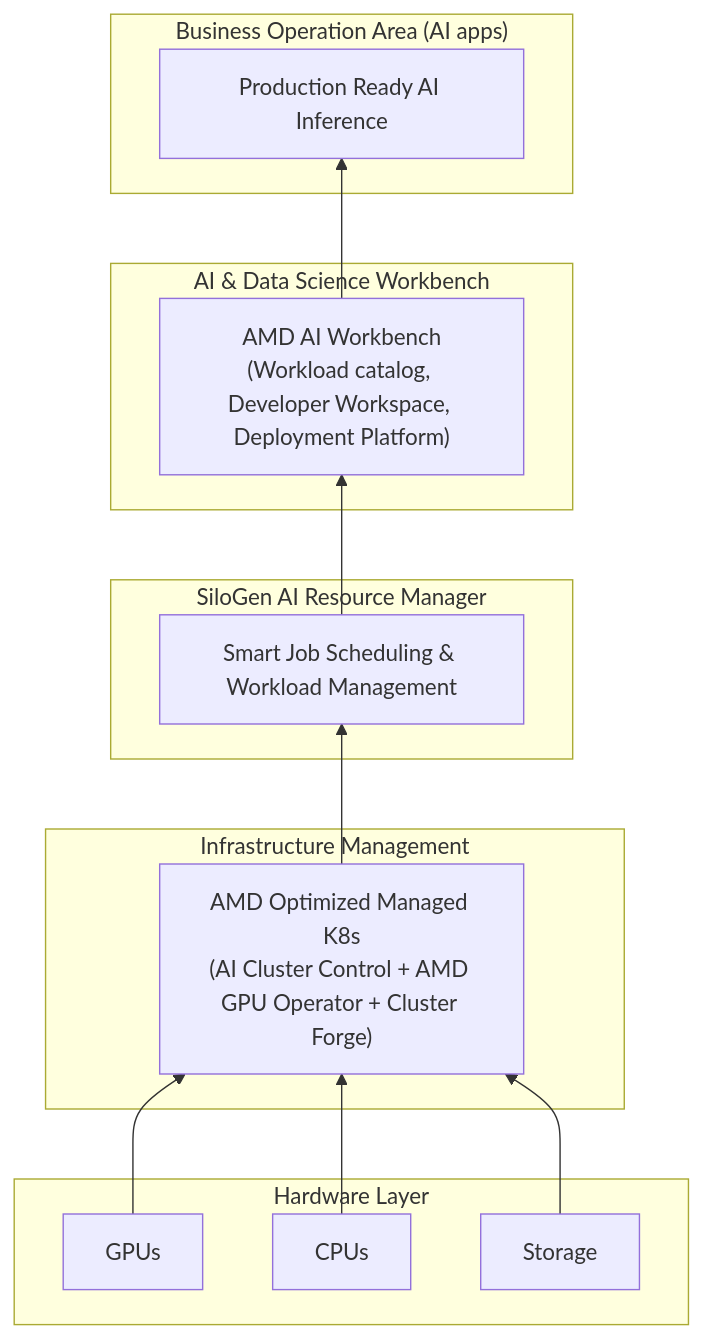
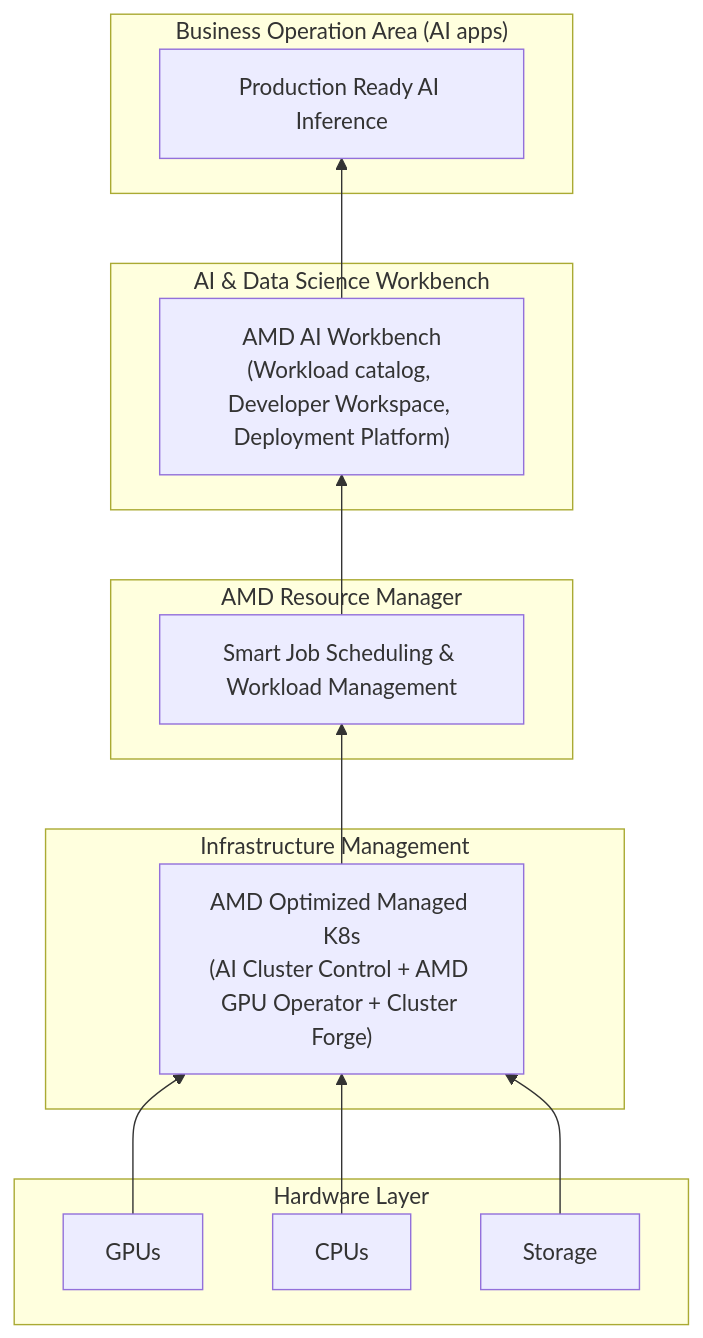
Before and after one commit to silogen/docs: the third of 3 diagrams in docs/ref-architecture/Enterprise-AI-Architecture.md, drawn with Mermaid. The commit also changed other lines of this file and 7 other files, not shown here.

````diff
--- a/docs/ref-architecture/Enterprise-AI-Architecture.md
+++ b/docs/ref-architecture/Enterprise-AI-Architecture.md
@@ -150,31 +150,31 @@
 ```mermaid
 flowchart BT
     subgraph L1["Hardware Layer"]
         H1[GPUs]
         H2[CPUs]
         H3[Storage]
     end
 
     subgraph L2["Infrastructure Management"]
         IM1["AMD Optimized Managed K8s\n(AI Cluster Control + AMD GPU Operator + Cluster Forge)"]
     end
 
-    subgraph L3["SiloGen AI Resource Manager"]
+    subgraph L3["AMD Resource Manager"]
         RM1["Smart Job Scheduling & Workload Management"]
     end
 
     subgraph L4["AI & Data Science Workbench"]
         DC1["AMD AI Workbench\n(Workload catalog, Developer Workspace, Deployment Platform)"]
     end
 
     subgraph L5["Business Operation Area (AI apps)"]
         BO1["Production Ready AI Inference"]
     end
 
     H1 --> IM1
     H2 --> IM1
     H3 --> IM1
     IM1 --> RM1
     RM1 --> DC1
     DC1 --> BO1
 ```
````
